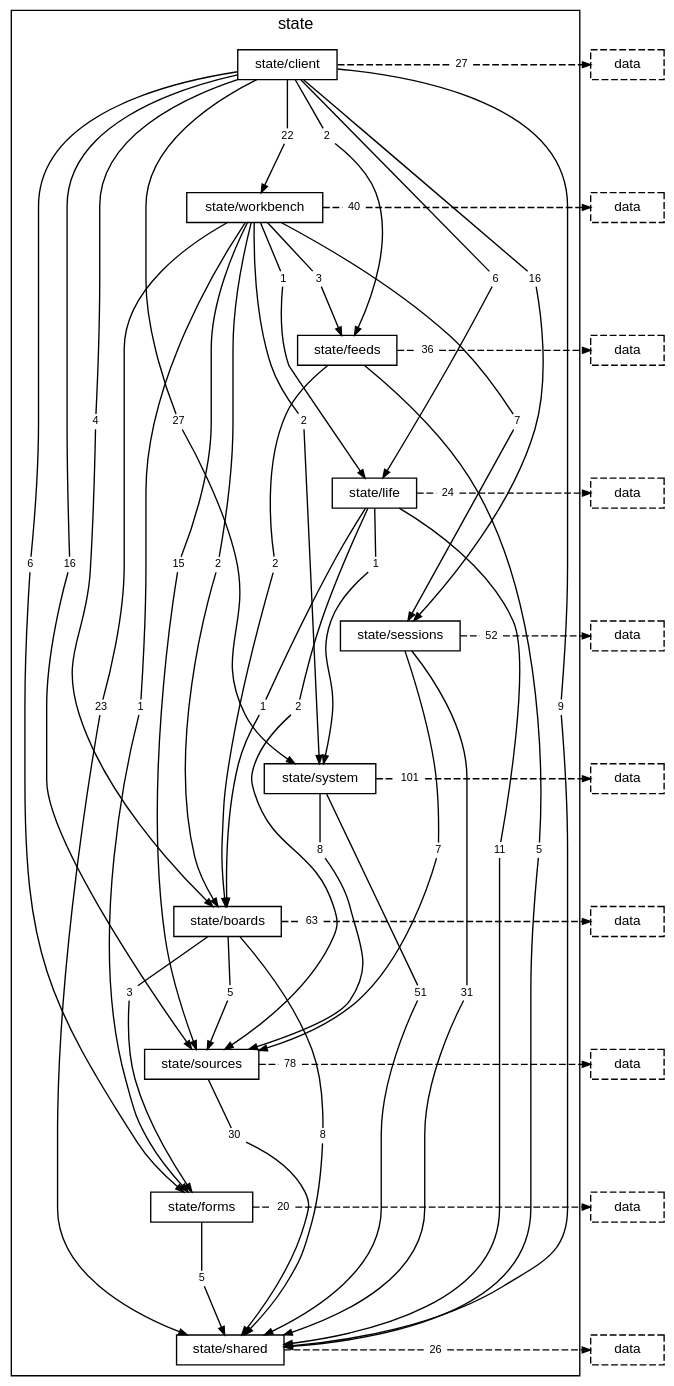
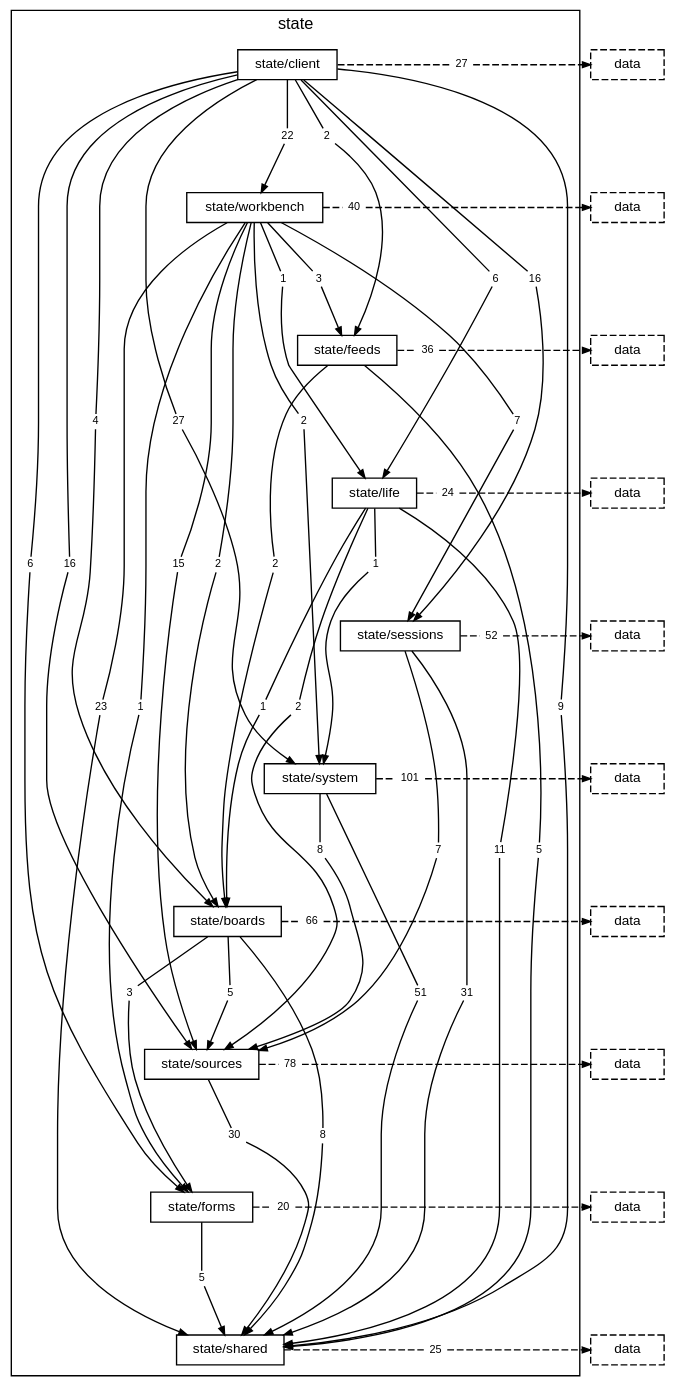
The diagram in docs/diagrams/layer-state.dot (TheAxeC/oculus), drawn with Graphviz before and after one commit. The commit also changed 73 other files, not shown here.

```diff
--- a/docs/diagrams/layer-state.dot
+++ b/docs/diagrams/layer-state.dot
@@ -50,12 +50,12 @@
         "folder state/boards to folder state/forms" [label="3", shape=box, color="transparent", fontsize=8, width=0, height=0, margin="0.04,0.02"];
         "folder state/boards to folder state/shared" [label="8", shape=box, color="transparent", fontsize=8, width=0, height=0, margin="0.04,0.02"];
         "folder state/boards to folder state/sources" [label="5", shape=box, color="transparent", fontsize=8, width=0, height=0, margin="0.04,0.02"];
-        "folder state/boards to layer data" [label="63", shape=box, color="transparent", fontsize=8, width=0, height=0, margin="0.04,0.02"];
+        "folder state/boards to layer data" [label="66", shape=box, color="transparent", fontsize=8, width=0, height=0, margin="0.04,0.02"];
         "folder state/sources to folder state/shared" [label="30", shape=box, color="transparent", fontsize=8, width=0, height=0, margin="0.04,0.02"];
         "folder state/sources to layer data" [label="78", shape=box, color="transparent", fontsize=8, width=0, height=0, margin="0.04,0.02"];
         "folder state/forms to folder state/shared" [label="5", shape=box, color="transparent", fontsize=8, width=0, height=0, margin="0.04,0.02"];
         "folder state/forms to layer data" [label="20", shape=box, color="transparent", fontsize=8, width=0, height=0, margin="0.04,0.02"];
-        "folder state/shared to layer data" [label="26", shape=box, color="transparent", fontsize=8, width=0, height=0, margin="0.04,0.02"];
+        "folder state/shared to layer data" [label="25", shape=box, color="transparent", fontsize=8, width=0, height=0, margin="0.04,0.02"];
     }
     "layer data from folder state/client" [label="data", style=dashed];
     "layer data from folder state/workbench" [label="data", style=dashed];
```
